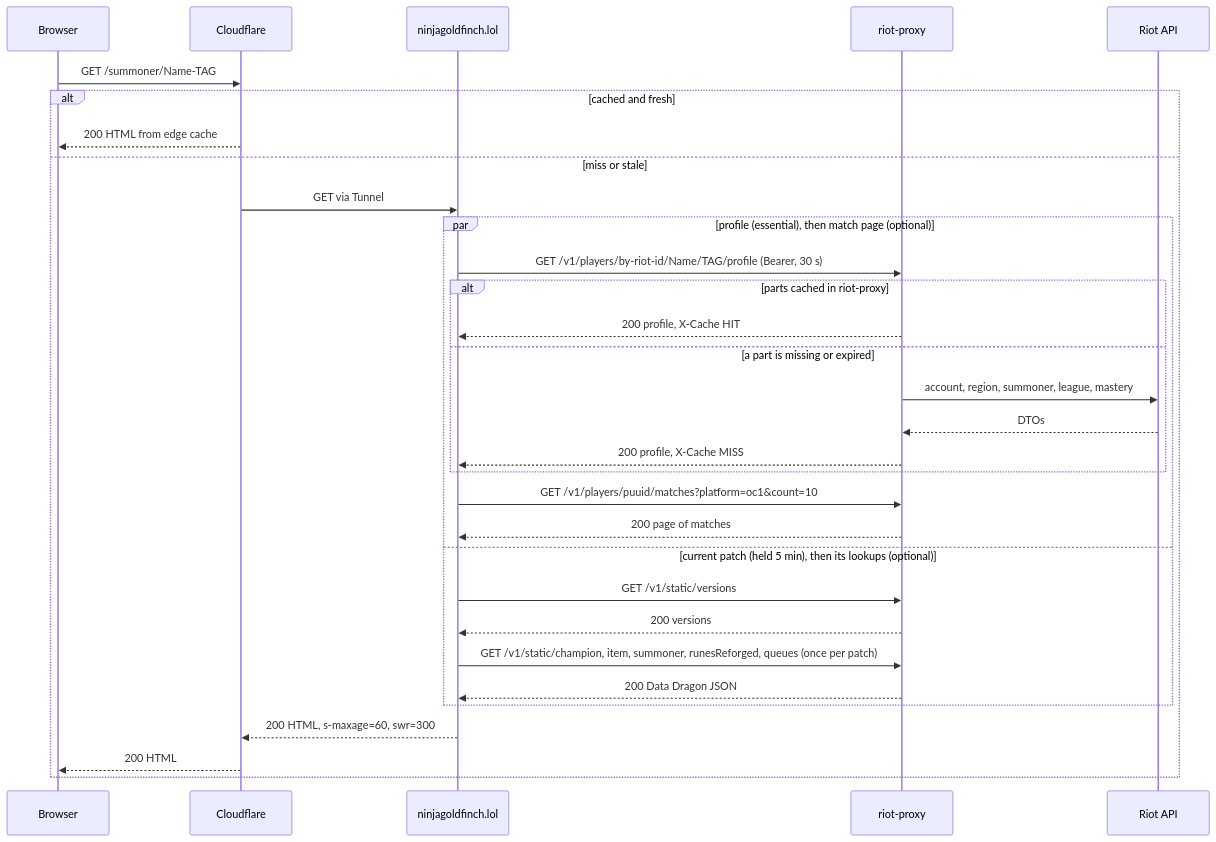
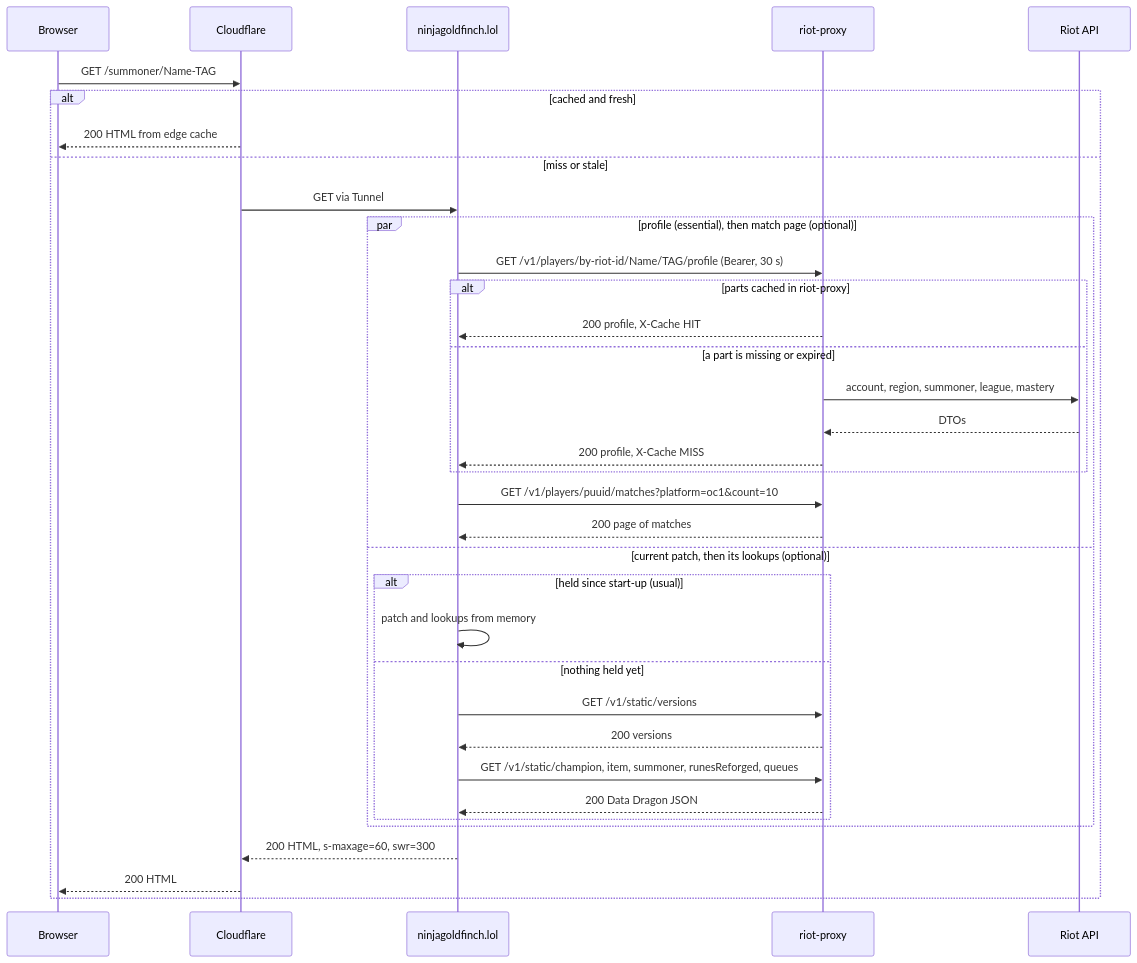
Before and after one commit to NinjaGoldfinch/ninjagoldfinch-lol: the second of 5 diagrams in docs/architecture/request-lifecycle.md, drawn with Mermaid. The commit also changed other lines of this file and 41 other files, not shown here.

First line of the commit message:
perf(patch): load static data at start-up; refresh the patch in the background

````diff
--- a/docs/architecture/request-lifecycle.md
+++ b/docs/architecture/request-lifecycle.md
@@ -23,34 +48,38 @@
 ```mermaid
 sequenceDiagram
   participant Browser
   participant Cloudflare
   participant Site as ninjagoldfinch.lol
   participant Proxy as riot-proxy
   participant Riot as Riot API
 
   Browser->>Cloudflare: GET /summoner/Name-TAG
   alt cached and fresh
     Cloudflare-->>Browser: 200 HTML from edge cache
   else miss or stale
     Cloudflare->>Site: GET via Tunnel
     par profile (essential), then match page (optional)
       Site->>Proxy: GET /v1/players/by-riot-id/Name/TAG/profile (Bearer, 30 s)
       alt parts cached in riot-proxy
         Proxy-->>Site: 200 profile, X-Cache HIT
       else a part is missing or expired
         Proxy->>Riot: account, region, summoner, league, mastery
         Riot-->>Proxy: DTOs
         Proxy-->>Site: 200 profile, X-Cache MISS
       end
       Site->>Proxy: GET /v1/players/puuid/matches?platform=oc1&count=10
       Proxy-->>Site: 200 page of matches
-    and current patch (held 5 min), then its lookups (optional)
-      Site->>Proxy: GET /v1/static/versions
-      Proxy-->>Site: 200 versions
-      Site->>Proxy: GET /v1/static/champion, item, summoner, runesReforged, queues (once per patch)
-      Proxy-->>Site: 200 Data Dragon JSON
+    and current patch, then its lookups (optional)
+      alt held since start-up (usual)
+        Site->>Site: patch and lookups from memory
+      else nothing held yet
+        Site->>Proxy: GET /v1/static/versions
+        Proxy-->>Site: 200 versions
+        Site->>Proxy: GET /v1/static/champion, item, summoner, runesReforged, queues
+        Proxy-->>Site: 200 Data Dragon JSON
+      end
     end
     Site-->>Cloudflare: 200 HTML, s-maxage=60, swr=300
     Cloudflare-->>Browser: 200 HTML
   end
 ```
````
